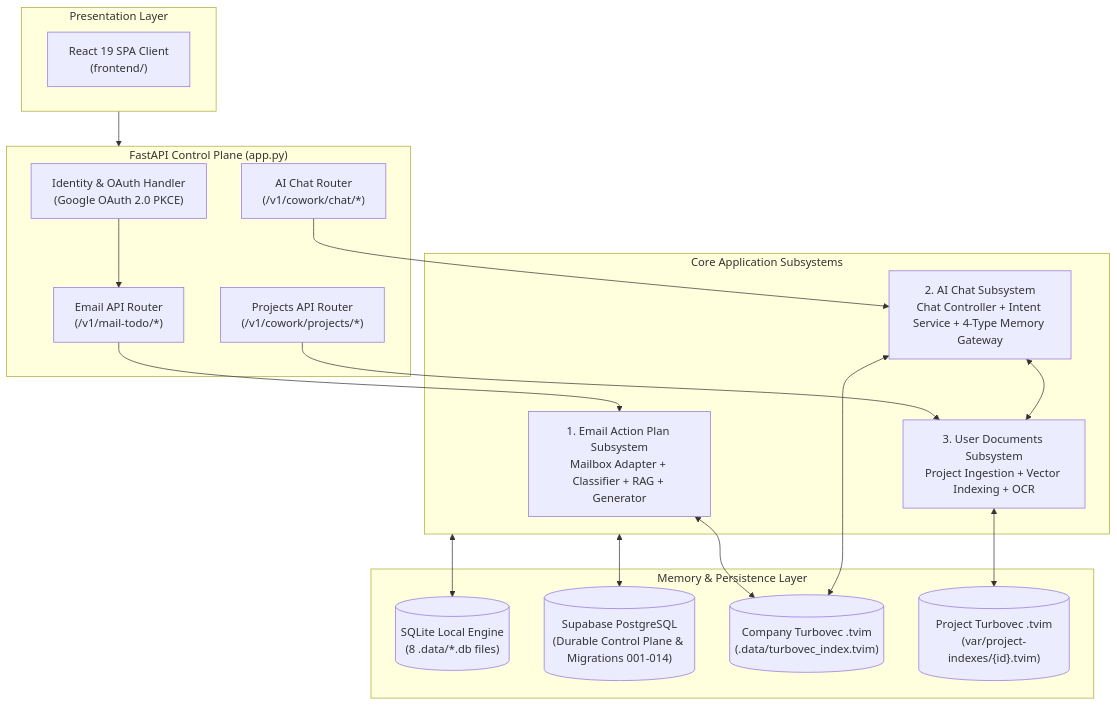
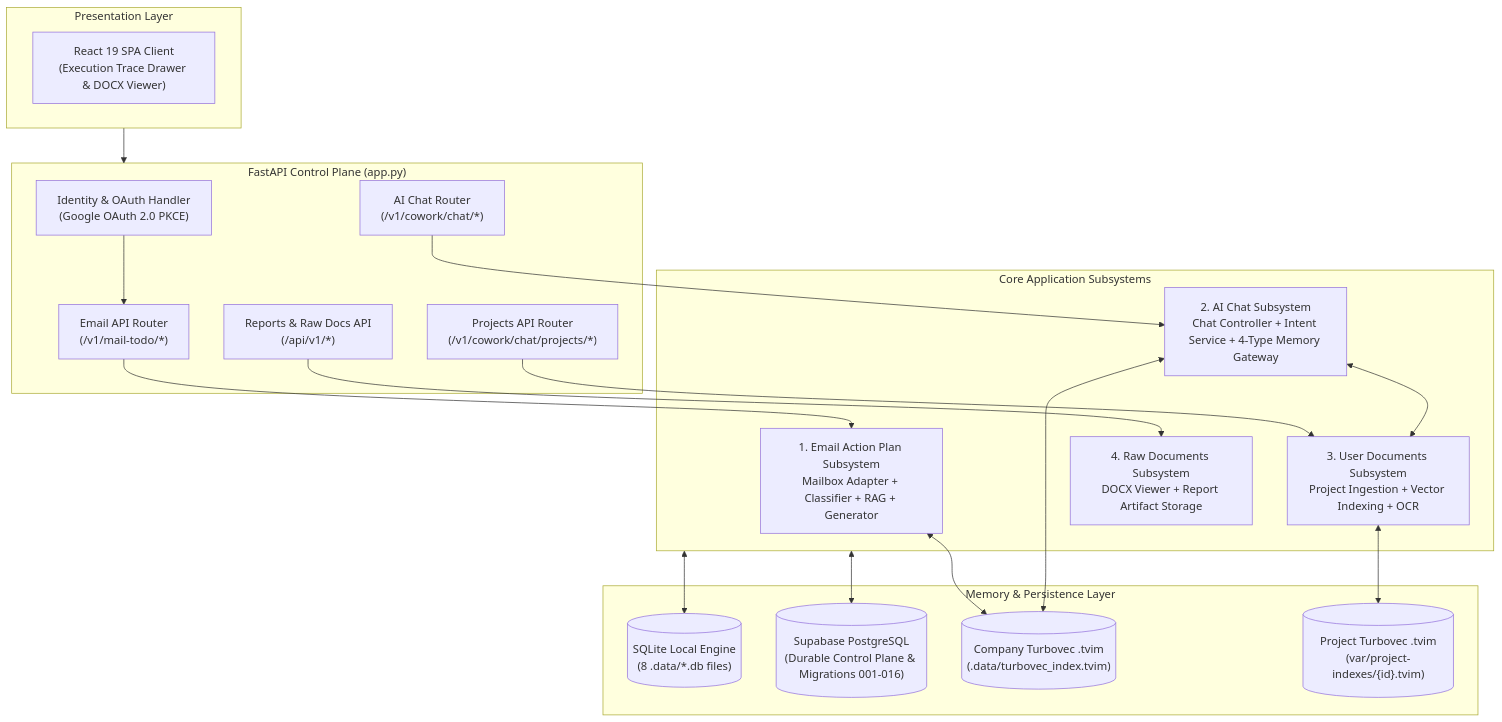
One commit to MathematicGuy/EMAIL-AGENT-v1 changed the diagram in docs/architectures/current-architectures/04-overall-architecture.md. Above: the diagram before and after it, drawn with Mermaid. The commit also changed other lines of this file and 6 other files, not shown here.

Commit message:
Update architecture docs

````diff
--- a/docs/architectures/current-architectures/04-overall-architecture.md
+++ b/docs/architectures/current-architectures/04-overall-architecture.md
@@ -68,41 +69,44 @@
 ```mermaid
 flowchart TB
     subgraph PRESENTATION["Presentation Layer"]
-        REACT["React 19 SPA Client<br/>(frontend/)"]
+        REACT["React 19 SPA Client<br/>(Execution Trace Drawer & DOCX Viewer)"]
     end
 
     subgraph CONTROL_PLANE["FastAPI Control Plane (app.py)"]
         AUTH["Identity & OAuth Handler<br/>(Google OAuth 2.0 PKCE)"]
         EMAIL_ROUTER["Email API Router<br/>(/v1/mail-todo/*)"]
         CHAT_ROUTER["AI Chat Router<br/>(/v1/cowork/chat/*)"]
-        PROJECT_ROUTER["Projects API Router<br/>(/v1/cowork/projects/*)"]
+        PROJECT_ROUTER["Projects API Router<br/>(/v1/cowork/chat/projects/*)"]
+        REPORT_ROUTER["Reports & Raw Docs API<br/>(/api/v1/*)"]
     end
 
     subgraph SUBSYSTEMS["Core Application Subsystems"]
         SUB_EMAIL["1. Email Action Plan Subsystem<br/>Mailbox Adapter + Classifier + RAG + Generator"]
         SUB_CHAT["2. AI Chat Subsystem<br/>Chat Controller + Intent Service + 4-Type Memory Gateway"]
         SUB_DOCS["3. User Documents Subsystem<br/>Project Ingestion + Vector Indexing + OCR"]
+        SUB_RAW["4. Raw Documents Subsystem<br/>DOCX Viewer + Report Artifact Storage"]
     end
 
     subgraph MEMORY_STORES["Memory & Persistence Layer"]
         DB_LOCAL[("SQLite Local Engine<br/>(8 .data/*.db files)")]
-        DB_PG[("Supabase PostgreSQL<br/>(Durable Control Plane & Migrations 001-014)")]
+        DB_PG[("Supabase PostgreSQL<br/>(Durable Control Plane & Migrations 001-016)")]
         VEC_COMPANY[("Company Turbovec .tvim<br/>(.data/turbovec_index.tvim)")]
         VEC_PROJECT[("Project Turbovec .tvim<br/>(var/project-indexes/{id}.tvim)")]
     end
 
     PRESENTATION --> CONTROL_PLANE
     AUTH --> EMAIL_ROUTER
     
     EMAIL_ROUTER --> SUB_EMAIL
     CHAT_ROUTER --> SUB_CHAT
     PROJECT_ROUTER --> SUB_DOCS
+    REPORT_ROUTER --> SUB_RAW
 
     SUB_CHAT <--> SUB_DOCS
     SUB_EMAIL <--> VEC_COMPANY
     SUB_CHAT <--> VEC_COMPANY
     SUB_DOCS <--> VEC_PROJECT
 
     SUBSYSTEMS <--> DB_LOCAL
     SUBSYSTEMS <--> DB_PG
 ```
````
